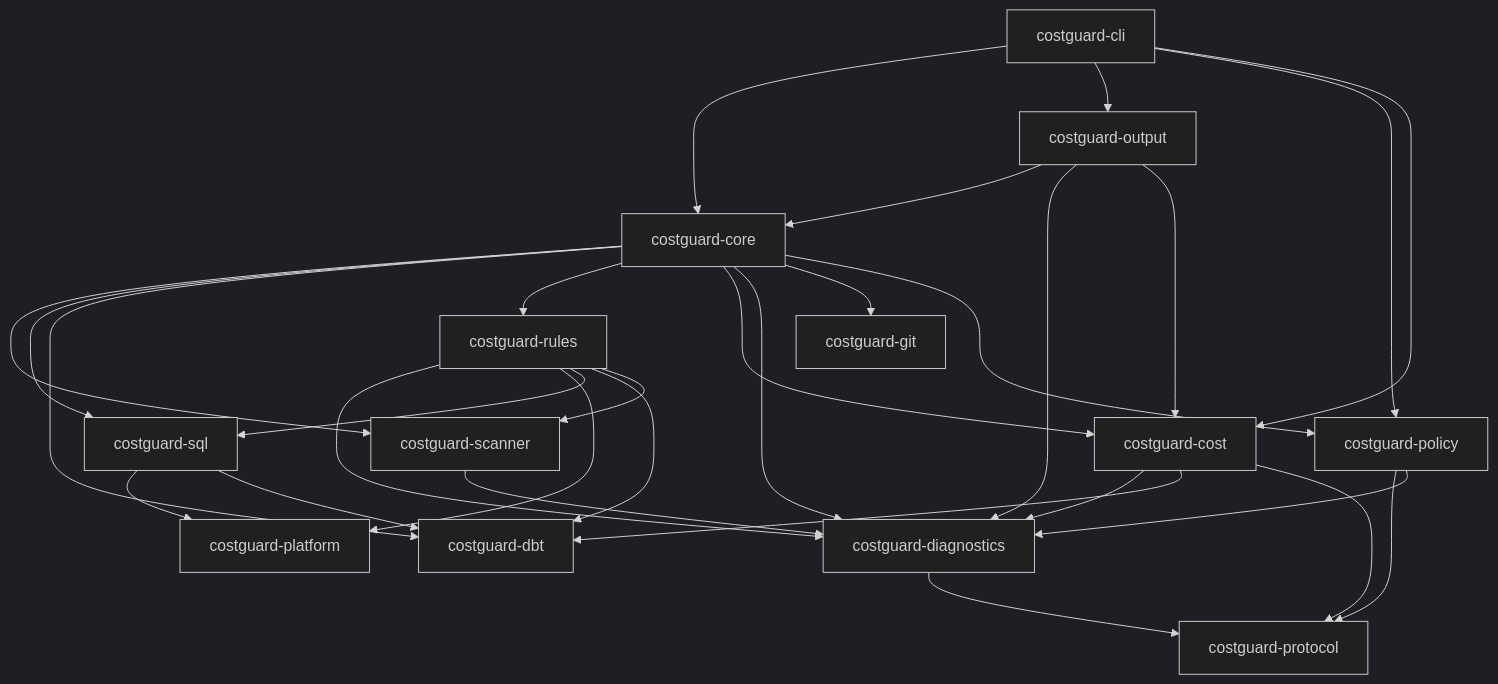
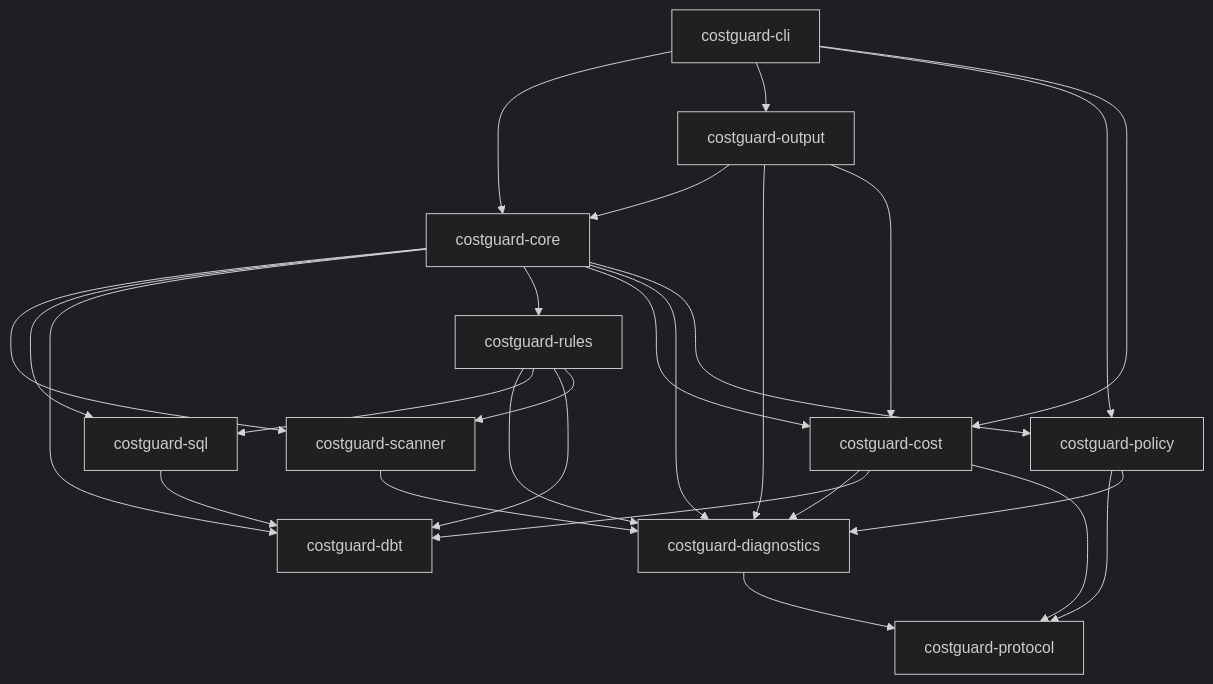
One commit to hypertrial/costguard changed the first of 2 diagrams in docs/book/contributing/architecture.md. Above: the diagram before and after it, drawn with Mermaid (dark theme). The commit also changed other lines of this file and 51 other files, not shown here.

First line of the commit message:
Fold git and platform into core/sql and prune dead tooling.

````diff
--- a/docs/book/contributing/architecture.md
+++ b/docs/book/contributing/architecture.md
@@ -7,32 +7,29 @@
 ```mermaid
 graph TD
   cli[costguard-cli] --> core[costguard-core]
   cli --> output[costguard-output]
   cli --> policy[costguard-policy]
   cli --> cost[costguard-cost]
   core --> scanner[costguard-scanner]
   core --> sql[costguard-sql]
   core --> dbt[costguard-dbt]
   core --> rules[costguard-rules]
   core --> cost
   core --> diagnostics[costguard-diagnostics]
-  core --> git[costguard-git]
   core --> policy
   rules --> diagnostics
-  rules --> platform[costguard-platform]
   rules --> sql
   rules --> dbt
   rules --> scanner
-  sql --> platform
   sql --> dbt
   output --> core
   output --> diagnostics
   output --> cost
   policy --> protocol[costguard-protocol]
   policy --> diagnostics
   diagnostics --> protocol
   cost --> diagnostics
   cost --> dbt
   cost --> protocol
   scanner --> diagnostics
 ```
````
